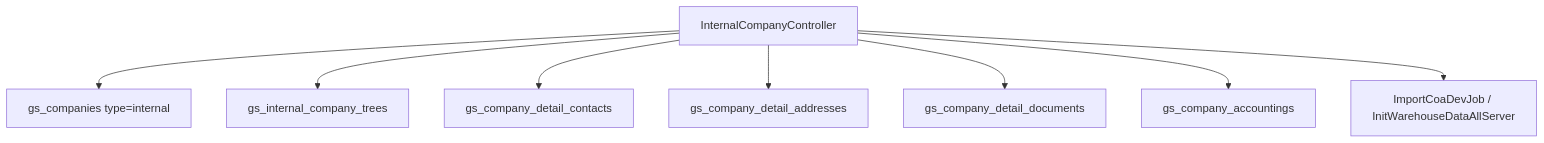
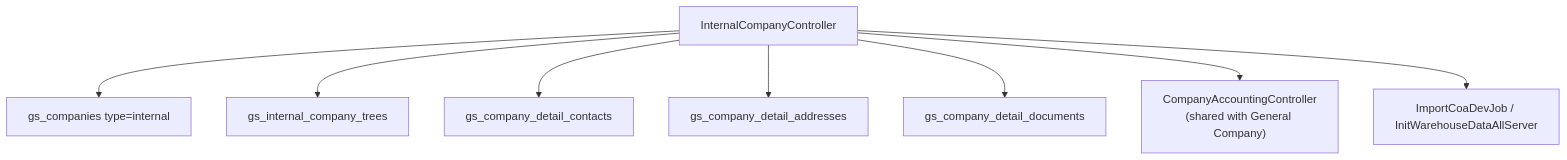
One commit to yendyr/olshoperp-docs changed the diagram in qa-docs/generalsetting-internal-company/technical.md. Above: the diagram before and after it, drawn with Mermaid. The commit also changed other lines of this file and 123 other files, not shown here.

````diff
--- a/qa-docs/generalsetting-internal-company/technical.md
+++ b/qa-docs/generalsetting-internal-company/technical.md
@@ -20,10 +20,10 @@
 ```mermaid
 flowchart TB
     IC["InternalCompanyController"] --> Co["gs_companies type=internal"]
     IC --> Tree["gs_internal_company_trees"]
     IC --> Contact["gs_company_detail_contacts"]
     IC --> Addr["gs_company_detail_addresses"]
     IC --> Doc["gs_company_detail_documents"]
-    IC --> Acct["gs_company_accountings"]
+    IC --> Acct["CompanyAccountingController\n(shared with General Company)"]
     IC --> Jobs["ImportCoaDevJob / InitWarehouseDataAllServer"]
 ```
````
